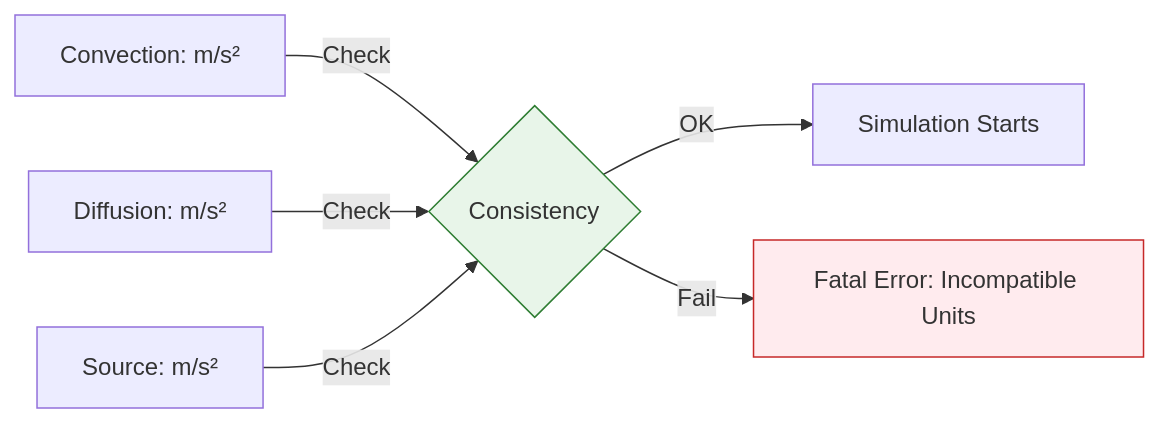
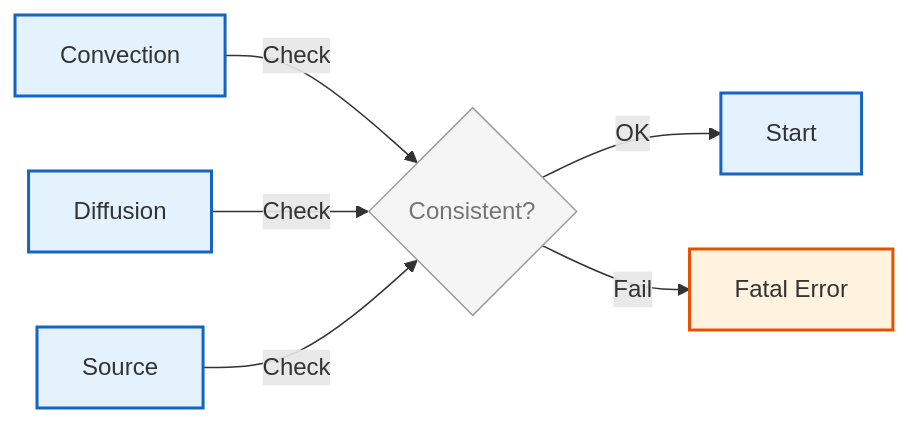
One commit to wramet/build-my-cfd changed the diagram in MODULE_05_OPENFOAM_PROGRAMMING/CONTENT/12_DIMENSIONAL_ANALYSIS/01_Introduction.md. Above: the diagram before and after it, drawn with Mermaid. The commit also changed 313 other files, not shown here.

Commit message:
Revise all diagram

````diff
--- a/MODULE_05_OPENFOAM_PROGRAMMING/CONTENT/12_DIMENSIONAL_ANALYSIS/01_Introduction.md
+++ b/MODULE_05_OPENFOAM_PROGRAMMING/CONTENT/12_DIMENSIONAL_ANALYSIS/01_Introduction.md
@@ -10,12 +10,14 @@
 ```mermaid
 graph LR
-    C[Convection: m/s²] -- "Check" --> Match{Consistency}
-    D[Diffusion: m/s²] -- "Check" --> Match
-    S[Source: m/s²] -- "Check" --> Match
+%% Classes
+classDef explicit fill:#fff3e0,stroke:#e65100,stroke-width:2px;
+classDef implicit fill:#e3f2fd,stroke:#1565c0,stroke-width:2px;
+classDef context fill:#f5f5f5,stroke:#9e9e9e,stroke-width:1px,color:#757575;
+%% Nodes
+C[Convection]:::implicit -- "Check" --> Match{Consistent?}:::context
+D[Diffusion]:::implicit -- "Check" --> Match
+S[Source]:::implicit -- "Check" --> Match
 
-    Match -- "OK" --> Run[Simulation Starts]
-    Match -- "Fail" --> Error[Fatal Error: Incompatible Units]
-
-    style Match fill:#e8f5e9,stroke:#2e7d32
-    style Error fill:#ffebee,stroke:#c62828
+Match -- "OK" --> Run[Start]:::implicit
+Match -- "Fail" --> Error[Fatal Error]:::explicit
 ```
````
